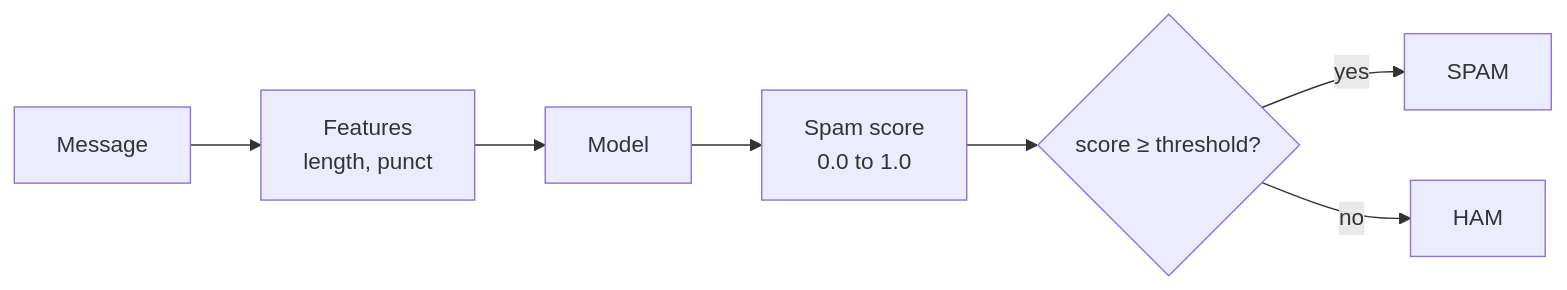
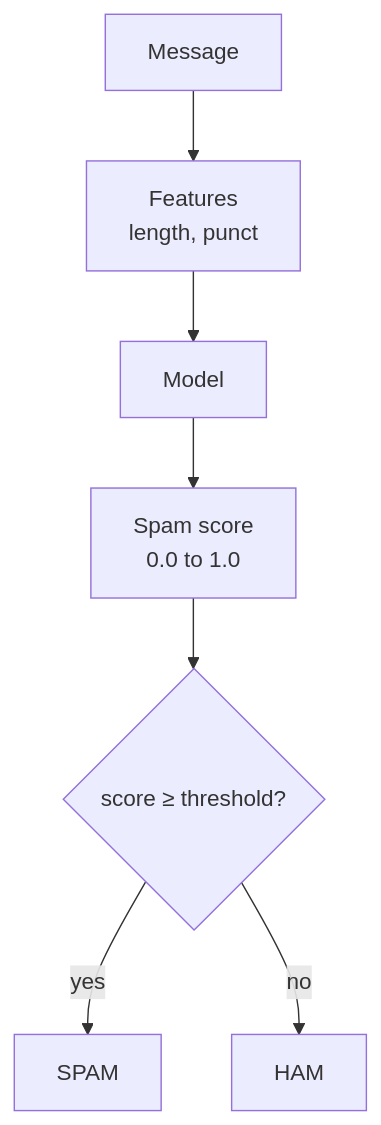
The third of 5 diagrams in PRECISION_RECALL_101.md (iportilla/MLOps-notebooks-5350), drawn with Mermaid before and after one commit. The commit also changed other lines of this file, not shown here.

````diff
--- a/PRECISION_RECALL_101.md
+++ b/PRECISION_RECALL_101.md
@@ -85,7 +93,7 @@
 ```mermaid
-flowchart LR
+flowchart TB
     T["Message"] --> F["Features<br/>length, punct"] --> M["Model"] --> S["Spam score<br/>0.0 to 1.0"]
     S --> D{"score ≥ threshold?"}
     D -- "yes" --> SP["SPAM"]
     D -- "no" --> HA["HAM"]
 ```
````
